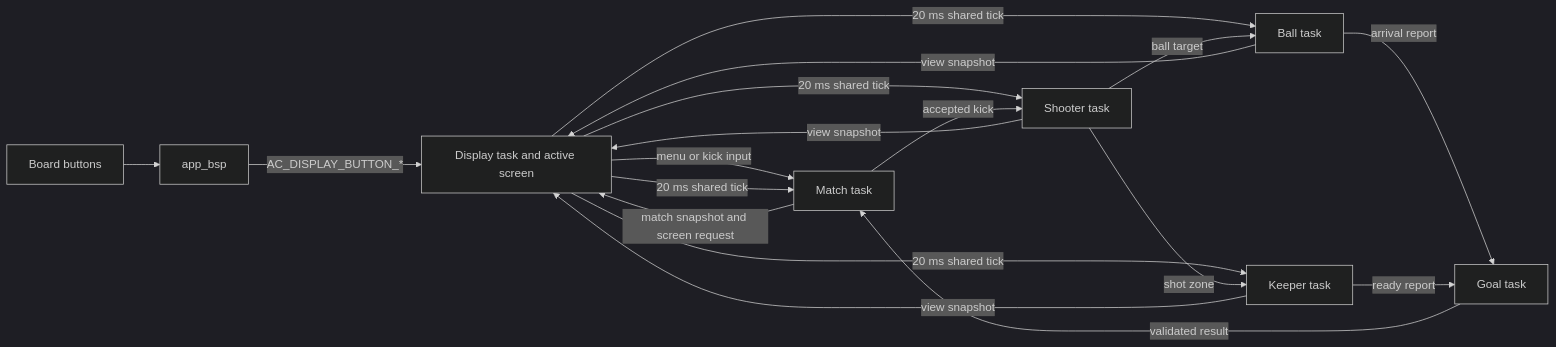
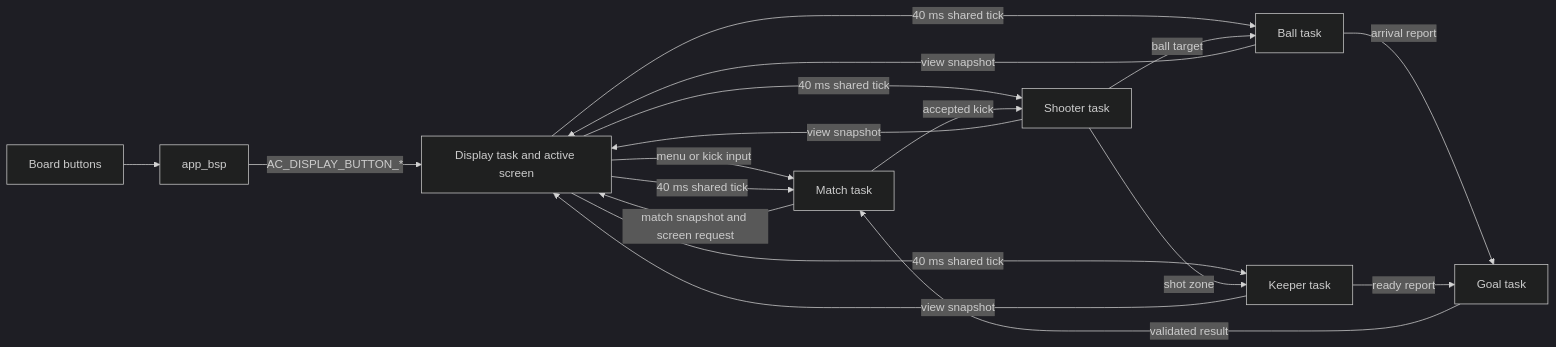
The first of 2 diagrams in docs/04-design-sequence-runtime.md (caotrongphuoc/11m-game), drawn with Mermaid (dark theme) before and after one commit. The commit also changed other lines of this file and 3 other files, not shown here.

````diff
--- a/docs/04-design-sequence-runtime.md
+++ b/docs/04-design-sequence-runtime.md
@@ -7,20 +7,20 @@
 ```mermaid
 flowchart LR
     Buttons[Board buttons] --> BSP[app_bsp]
     BSP -->|AC_DISPLAY_BUTTON_*| Display[Display task and active screen]
     Display -->|menu or kick input| Match[Match task]
-    Display -->|20 ms shared tick| Match
-    Display -->|20 ms shared tick| Shooter[Shooter task]
-    Display -->|20 ms shared tick| Ball[Ball task]
-    Display -->|20 ms shared tick| Keeper[Keeper task]
+    Display -->|40 ms shared tick| Match
+    Display -->|40 ms shared tick| Shooter[Shooter task]
+    Display -->|40 ms shared tick| Ball[Ball task]
+    Display -->|40 ms shared tick| Keeper[Keeper task]
     Match -->|accepted kick| Shooter
     Shooter -->|ball target| Ball
     Shooter -->|shot zone| Keeper
     Ball -->|arrival report| Goal[Goal task]
     Keeper -->|ready report| Goal
     Goal -->|validated result| Match
     Match -->|match snapshot and screen request| Display
     Shooter -->|view snapshot| Display
     Ball -->|view snapshot| Display
     Keeper -->|view snapshot| Display
 ```
````
